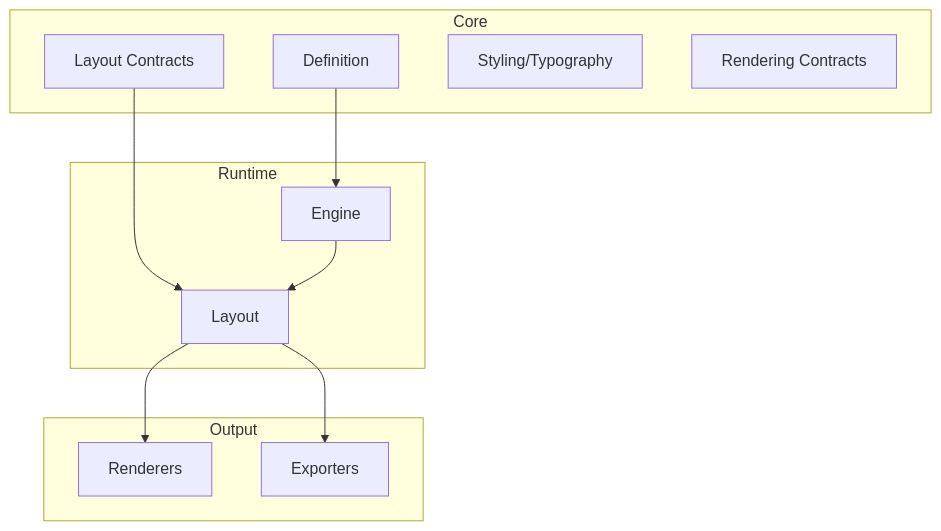
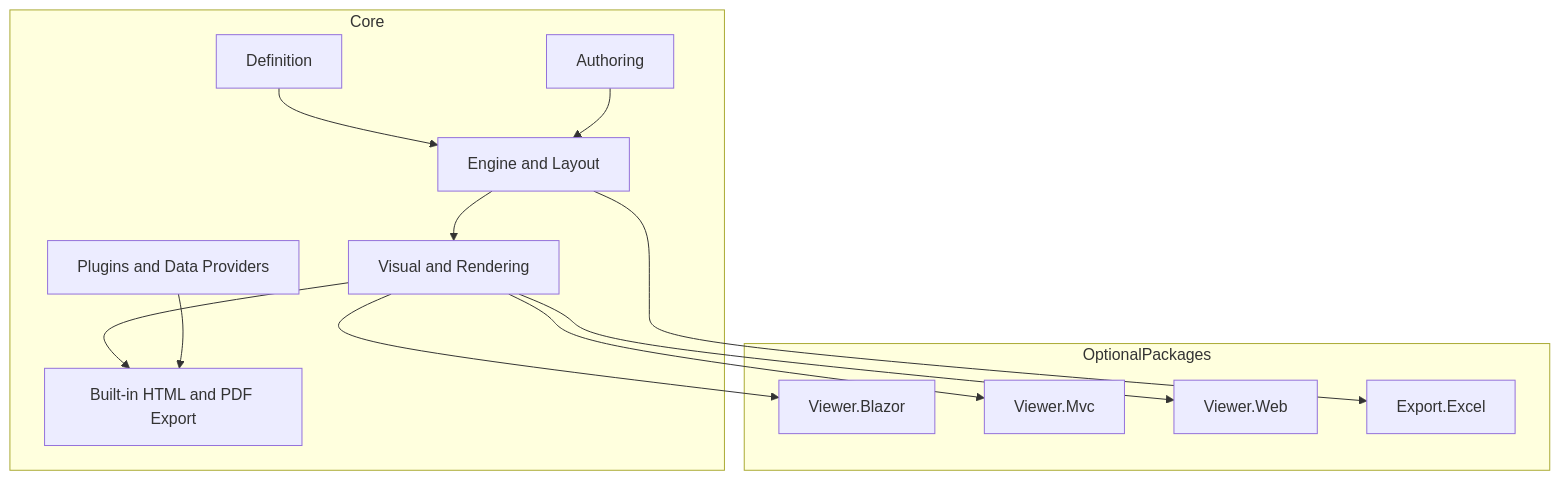
One commit to Netcodr81/kinetic-reports changed the diagram in docs/03-architecture-project-map.md. Above: the diagram before and after it, drawn with Mermaid. The commit also changed other lines of this file and 141 other files, not shown here.

First line of the commit message:
Add visual document architecture and watermark plugin

````diff
--- a/docs/03-architecture-project-map.md
+++ b/docs/03-architecture-project-map.md
@@ -24,25 +19,28 @@
 ```mermaid
 flowchart TB
 	subgraph Core
 	  C1[Definition]
-	  C2[Layout Contracts]
-	  C3[Styling/Typography]
-	  C4[Rendering Contracts]
+	  C2[Authoring]
+	  C3[Engine and Layout]
+	  C4[Visual and Rendering]
+	  C5[Built-in HTML and PDF Export]
+	  C6[Plugins and Data Providers]
 	end
 
-	subgraph Runtime
-	  E1[Engine]
-	  E2[Layout]
+	subgraph OptionalPackages
+	  V1[Viewer.Blazor]
+	  V2[Viewer.Mvc]
+	  V3[Viewer.Web]
+	  X1[Export.Excel]
 	end
 
-	subgraph Output
-	  R1[Renderers]
-	  X1[Exporters]
-	end
-
-	C1 --> E1
-	C2 --> E2
-	E1 --> E2
-	E2 --> R1
-	E2 --> X1
+	C1 --> C3
+	C2 --> C3
+	C3 --> C4
+	C4 --> C5
+	C6 --> C5
+	C4 --> V1
+	C4 --> V2
+	C4 --> V3
+	C3 --> X1
 ```
````
